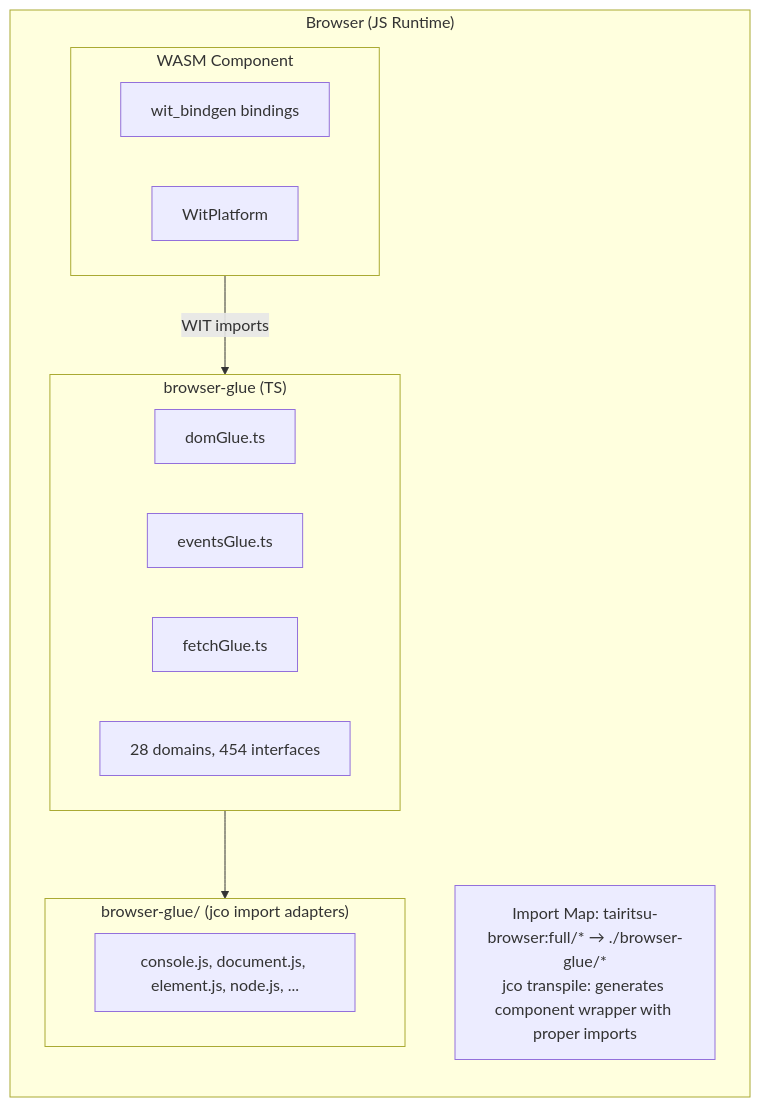
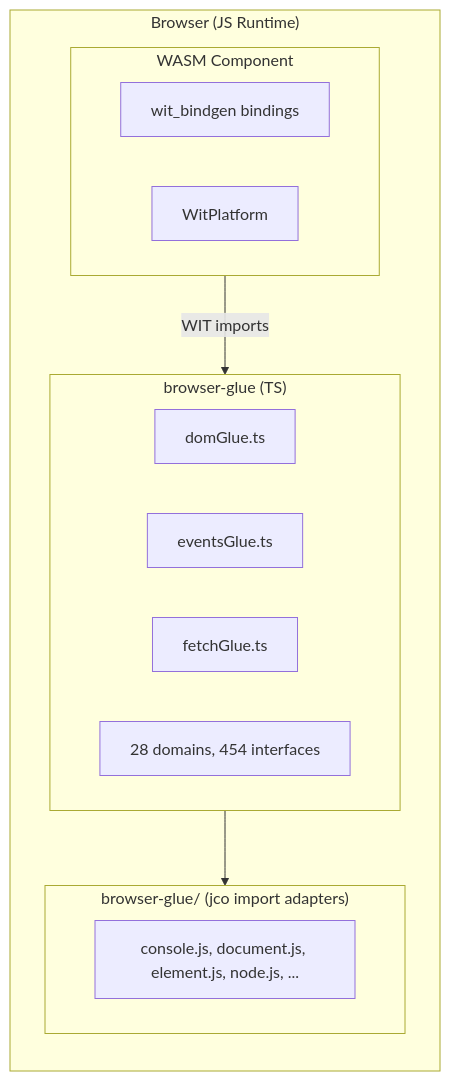
Before and after one commit to celestia-island/tairitsu: the first of 2 diagrams in docs/en/system/browser-glue.md, drawn with Mermaid. The commit also changed other lines of this file and 31 other files, not shown here.

First line of the commit message:
✨ Make the glue imports statically resolvable and drop the blob import map. (#146)

````diff
--- a/docs/en/system/browser-glue.md
+++ b/docs/en/system/browser-glue.md
@@ -7,21 +7,20 @@
 ```mermaid
 graph LR
     subgraph Browser["Browser (JS Runtime)"]
         subgraph BG["browser-glue (TS)"]
             BG1["domGlue.ts"]
             BG2["eventsGlue.ts"]
             BG3["fetchGlue.ts"]
             BG4["28 domains, 454 interfaces"]
         end
         subgraph WASM["WASM Component"]
             W1["wit_bindgen bindings"]
             W2["WitPlatform"]
         end
         subgraph JCO["browser-glue/ (jco import adapters)"]
             J1["console.js, document.js, element.js, node.js, ..."]
         end
-        NOTE["Import Map: tairitsu-browser:full/* → ./browser-glue/*<br/>jco transpile: generates component wrapper with proper imports"]
     end
     WASM -- "WIT imports" --> BG
     BG --> JCO
 ```
````
